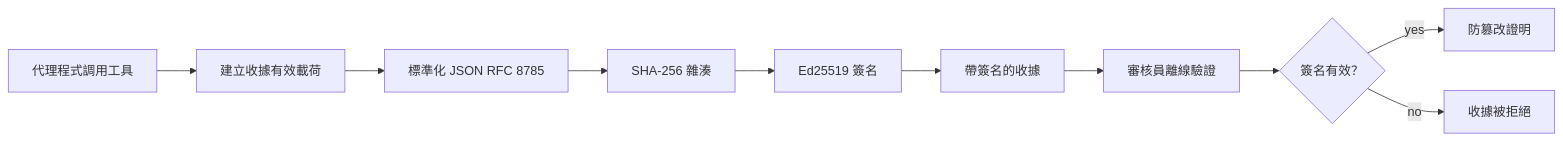
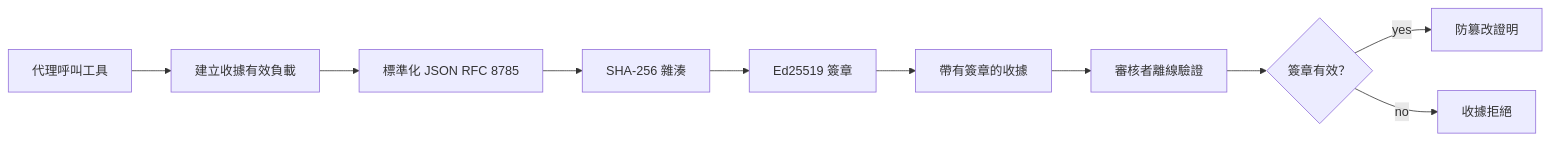
Before and after one commit to gabrielmoreira/agent-skills-mirror: the first of 2 diagrams in mirrors/repos/microsoft@ai-agents-for-beginners/translations/zh-TW/18-securing-ai-agents/README.md, drawn with Mermaid. The commit also changed other lines of this file and 2285 other files, not shown here.

````diff
--- a/mirrors/repos/microsoft@ai-agents-for-beginners/translations/zh-TW/18-securing-ai-agents/README.md
+++ b/mirrors/repos/microsoft@ai-agents-for-beginners/translations/zh-TW/18-securing-ai-agents/README.md
@@ -51,12 +51,12 @@
 ```mermaid
 flowchart LR
-    A[代理程式調用工具] --> B[建立收據有效載荷]
+    A[代理呼叫工具] --> B[建立收據有效負載]
     B --> C[標準化 JSON RFC 8785]
     C --> D[SHA-256 雜湊]
-    D --> E[Ed25519 簽名]
-    E --> F[帶簽名的收據]
-    F --> G[審核員離線驗證]
-    G --> H{簽名有效？}
+    D --> E[Ed25519 簽章]
+    E --> F[帶有簽章的收據]
+    F --> G[審核者離線驗證]
+    G --> H{簽章有效？}
     H -- yes --> I[防篡改證明]
-    H -- no --> J[收據被拒絕]
+    H -- no --> J[收據拒絕]
 ```
````
